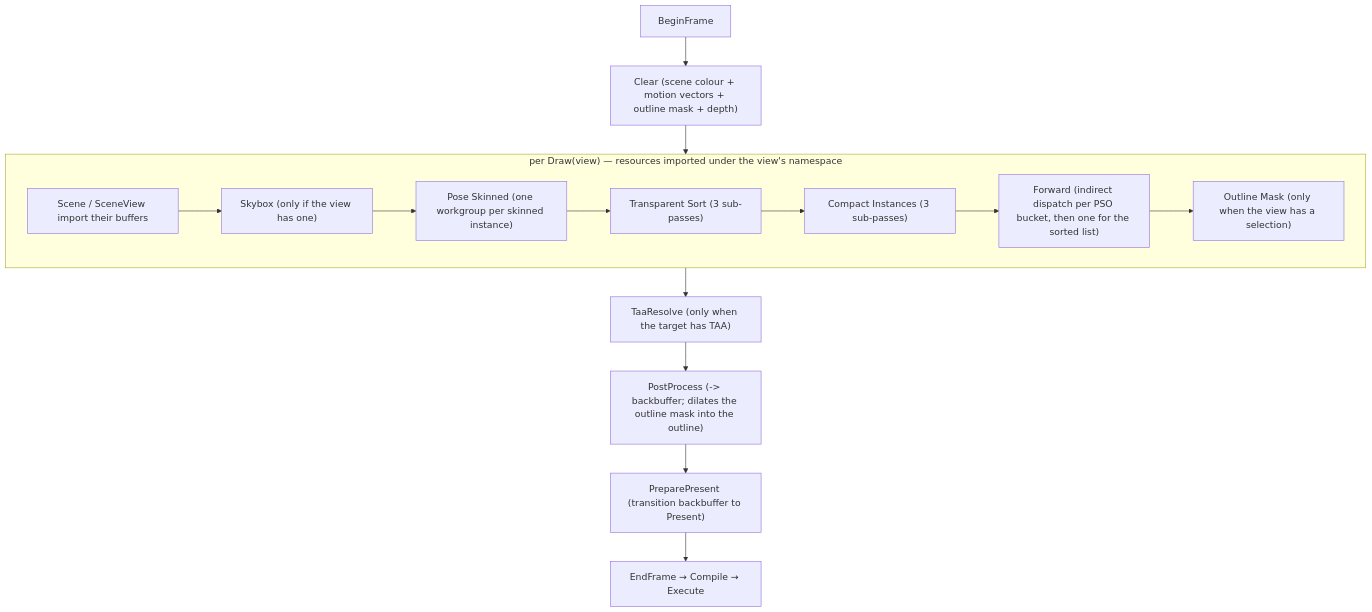
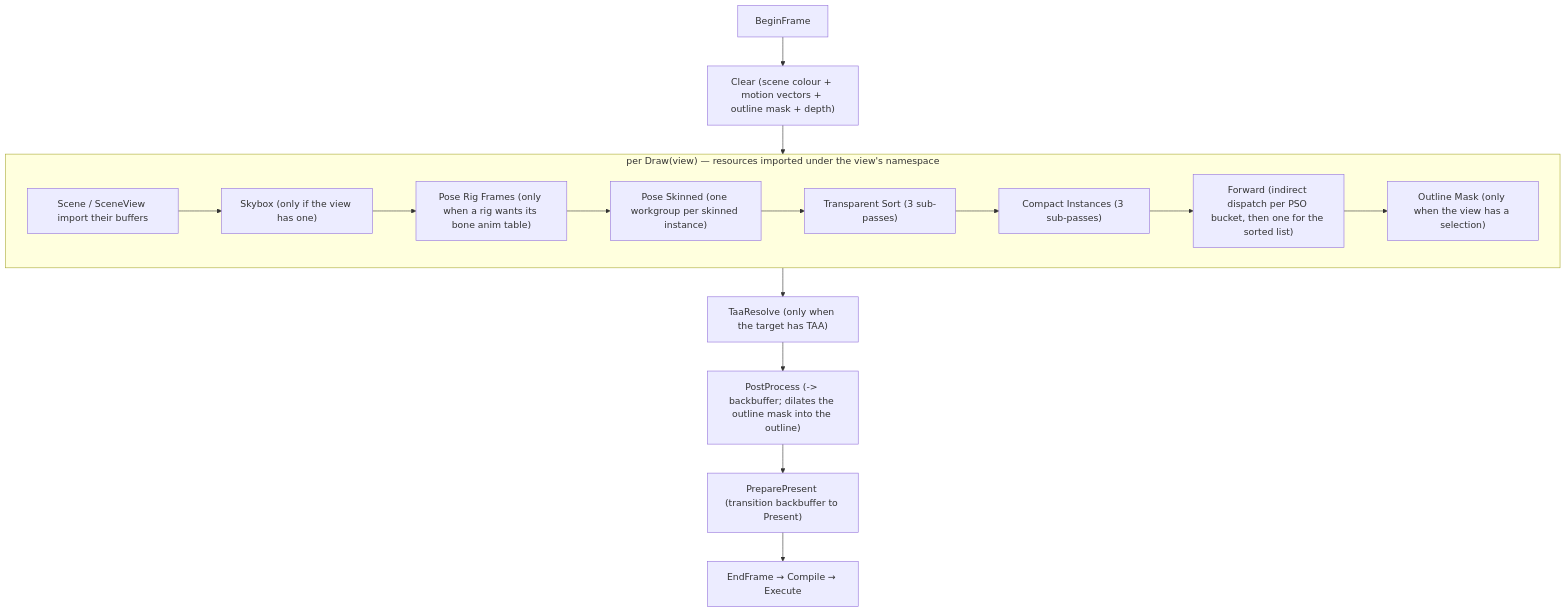
One commit to alexjiang200407/bernini changed the diagram in docs/passes.md. Above: the diagram before and after it, drawn with Mermaid. The commit also changed other lines of this file and 158 other files, not shown here.

First line of the commit message:
feat(bgl,assetlib,gamelib,editor): the crowd tier skins from a rig's bone anim table, and VAT is retired (#567)

````diff
--- a/docs/passes.md
+++ b/docs/passes.md
@@ -24,17 +24,18 @@
 ```mermaid
 flowchart TD
     BF["BeginFrame"] --> CLR["Clear (scene colour + motion vectors + outline mask + depth)"]
     CLR --> D["per Draw(view)"]
     subgraph D["per Draw(view) — resources imported under the view's namespace"]
         IMP["Scene / SceneView import their buffers"] --> SKY["Skybox (only if the view has one)"]
-        SKY --> POSE["Pose Skinned (one workgroup per skinned instance)"]
+        SKY --> RIG["Pose Rig Frames (only when a rig wants its bone anim table)"]
+        RIG --> POSE["Pose Skinned (one workgroup per skinned instance)"]
         POSE --> TS["Transparent Sort (3 sub-passes)"]
         TS --> CI["Compact Instances (3 sub-passes)"]
         CI --> FWD["Forward (indirect dispatch per PSO bucket, then one for the sorted list)"]
         FWD --> SM["Outline Mask (only when the view has a selection)"]
     end
     D --> TAA["TaaResolve (only when the target has TAA)"]
     TAA --> PPX["PostProcess (-> backbuffer; dilates the outline mask into the outline)"]
     PPX --> PP["PreparePresent (transition backbuffer to Present)"]
     PP --> EF["EndFrame → Compile → Execute"]
 ```
````
